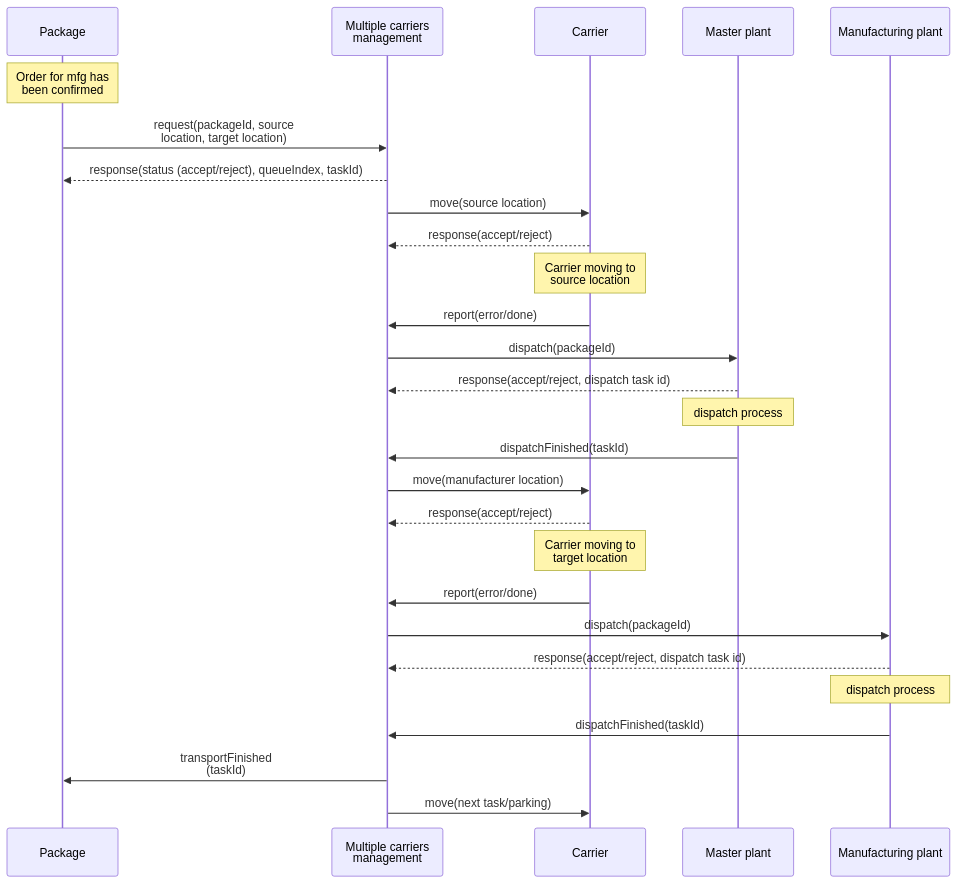
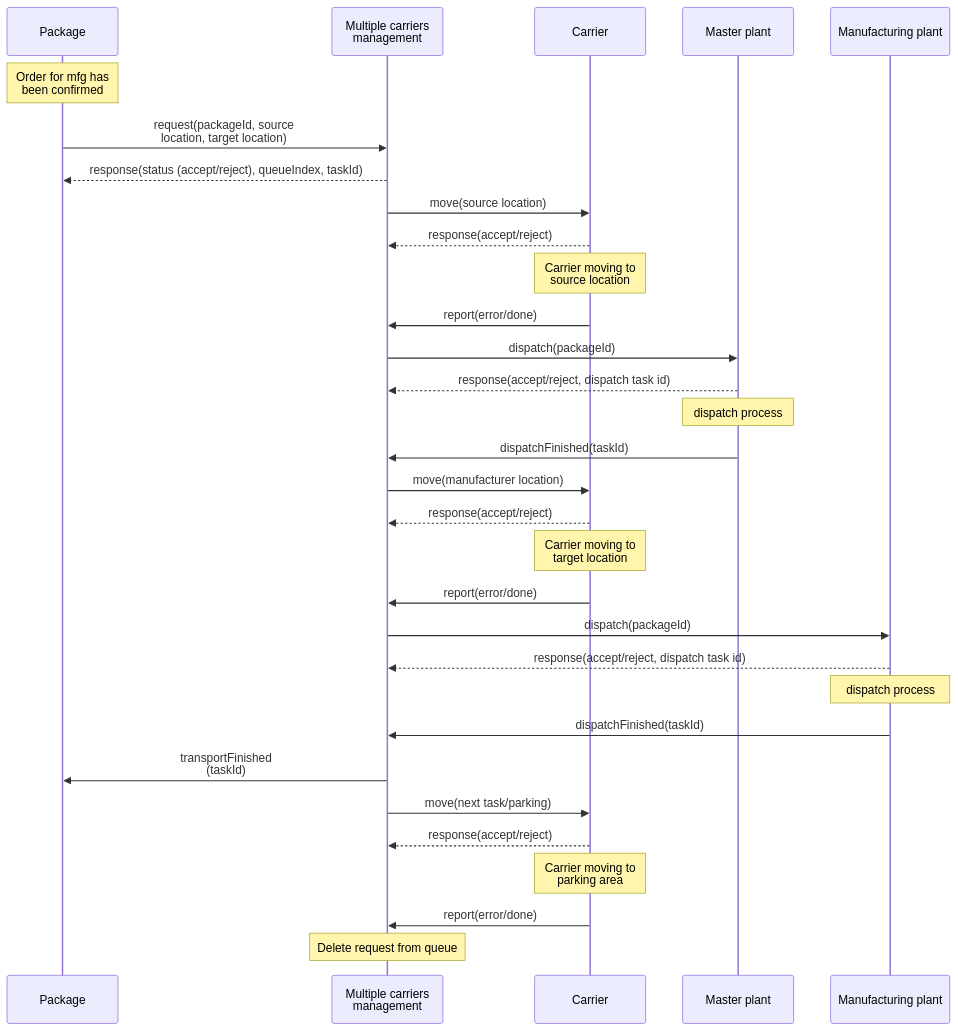
The second of 2 diagrams in README.md (fsprojekti/shr-mfg-platform), drawn with Mermaid before and after one commit.

````diff
--- a/README.md
+++ b/README.md
@@ -56,33 +56,39 @@
 ```mermaid
 
 sequenceDiagram
 participant P as Package
-    Note over P: Order for mfg has<br> been confirmed
+Note over P: Order for mfg has<br> been confirmed
 participant MC as Multiple carriers <br>management
 participant C as Carrier
 participant M as Master plant 
 participant MFG as Manufacturing plant 
 
 P->>MC: request(packageId, source <br>location, target location)
 MC-->>P: response(status (accept/reject), queueIndex, taskId)
 MC->>C: move(source location)
 C-->>MC: response(accept/reject)
 Note over C: Carrier moving to <br>source location
 C->>MC: report(error/done)
 MC->>M: dispatch(packageId)
 M-->>MC: response(accept/reject, dispatch task id)
 Note over M: dispatch process
 M->>MC: dispatchFinished(taskId)
+
 MC->>C: move(manufacturer location)
-
 C-->>MC: response(accept/reject)
 Note over C: Carrier moving to <br>target location
 C->>MC: report(error/done)
 MC->>MFG: dispatch(packageId)
 MFG-->>MC: response(accept/reject, dispatch task id)
 Note over MFG: dispatch process
 MFG->>MC: dispatchFinished(taskId)
 MC->>P: transportFinished <br>(taskId)
+
 MC->>C: move(next task/parking)
+C-->>MC: response(accept/reject)
+Note over C: Carrier moving to <br>parking area
+C->>MC: report(error/done)
+Note over MC: Delete request from queue
+
 
 ```
````
